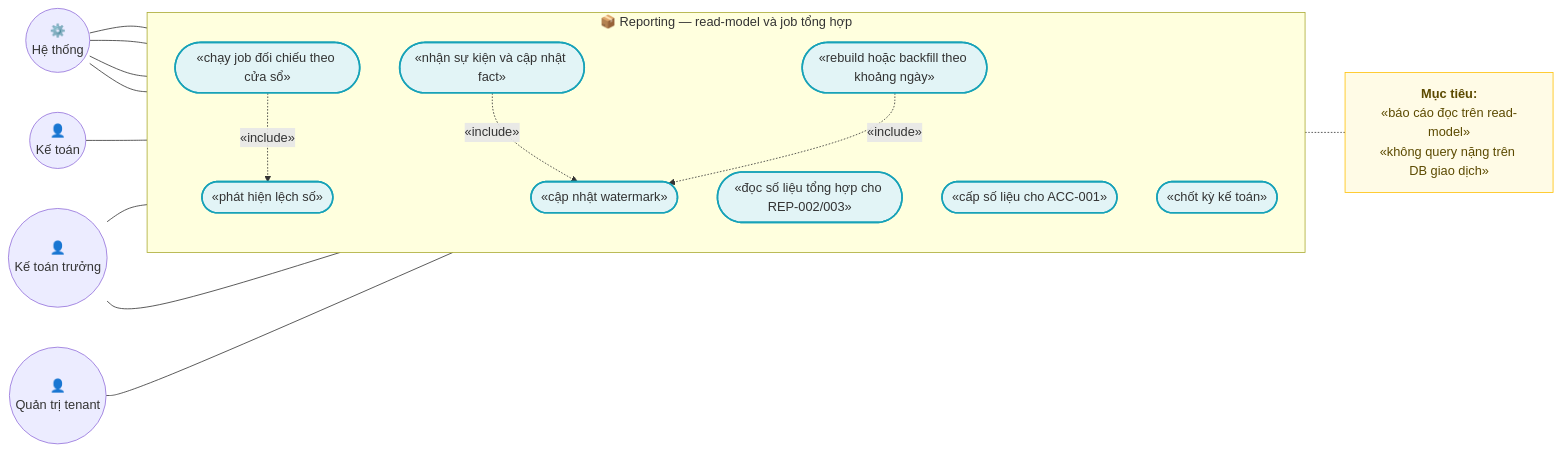
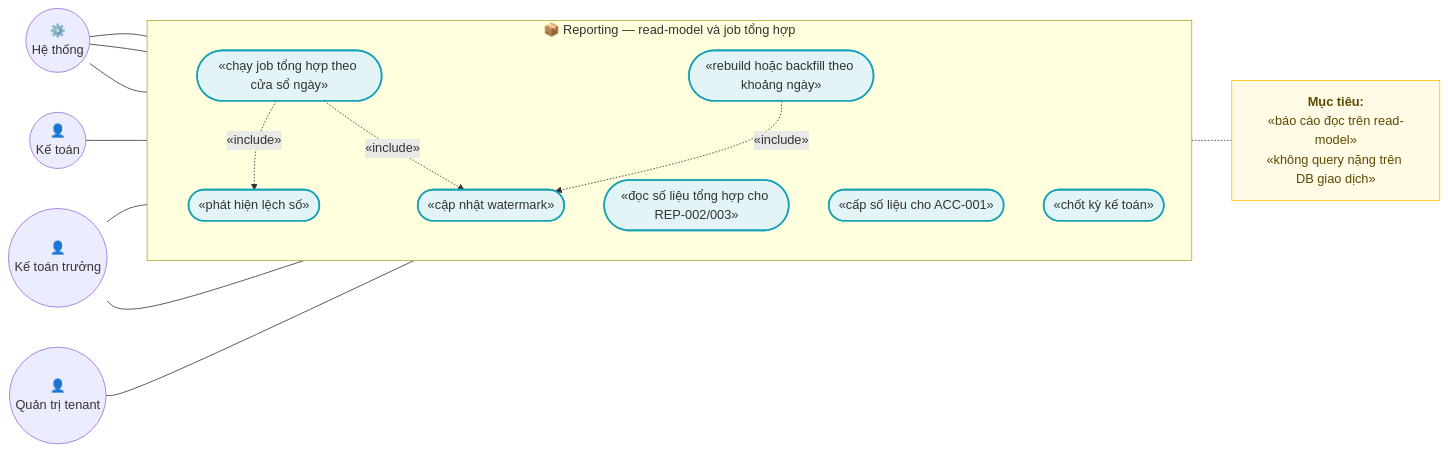
The first of 7 diagrams in docs/features/reporting/rep-001-read-model-job-tong-hop.md (hungnt9801/eCommerce), drawn with Mermaid before and after one commit. The commit also changed other lines of this file and 9 other files, not shown here.

````diff
--- a/docs/features/reporting/rep-001-read-model-job-tong-hop.md
+++ b/docs/features/reporting/rep-001-read-model-job-tong-hop.md
@@ -112,40 +118,38 @@
 ```mermaid
 flowchart LR
     classDef actor fill:#d4edda,stroke:#155724,stroke-width:2px;
     classDef usecase fill:#e2f4f6,stroke:#17a2b8,stroke-width:2px;
     classDef note fill:#fffbe6,stroke:#ffc107,stroke-width:1px,color:#5c4a00;
 
     KT(("👤<br/>Kế toán"))
     KTT(("👤<br/>Kế toán trưởng"))
     ADM(("👤<br/>Quản trị tenant"))
     HT(("⚙️<br/>Hệ thống"))
 
     subgraph REP["📦 Reporting — read-model và job tổng hợp"]
         direction TB
-        UC1(["«nhận sự kiện và cập nhật fact»"])
-        UC2(["«chạy job đối chiếu theo cửa sổ»"])
+        UC2(["«chạy job tổng hợp theo cửa sổ ngày»"])
         UC3(["«cập nhật watermark»"])
         UC4(["«phát hiện lệch số»"])
         UC5(["«đọc số liệu tổng hợp cho REP-002/003»"])
         UC6(["«cấp số liệu cho ACC-001»"])
         UC7(["«rebuild hoặc backfill theo khoảng ngày»"])
         UC8(["«chốt kỳ kế toán»"])
-        class UC1,UC2,UC3,UC4,UC5,UC6,UC7,UC8 usecase;
+        class UC2,UC3,UC4,UC5,UC6,UC7,UC8 usecase;
     end
 
     N1["<b>Mục tiêu:</b><br/>«báo cáo đọc trên read-model»<br/>«không query nặng trên DB giao dịch»"]
     class N1 note;
 
-    HT --- UC1
     HT --- UC2
     HT --- UC3
     HT --- UC4
     KTT --- UC5
     KT --- UC6
     ADM --- UC7
     KTT --- UC8
     UC2 -. "«include»" .-> UC4
-    UC1 -. "«include»" .-> UC3
+    UC2 -. "«include»" .-> UC3
     UC7 -. "«include»" .-> UC3
     UC5 -.- N1
 ```
````
